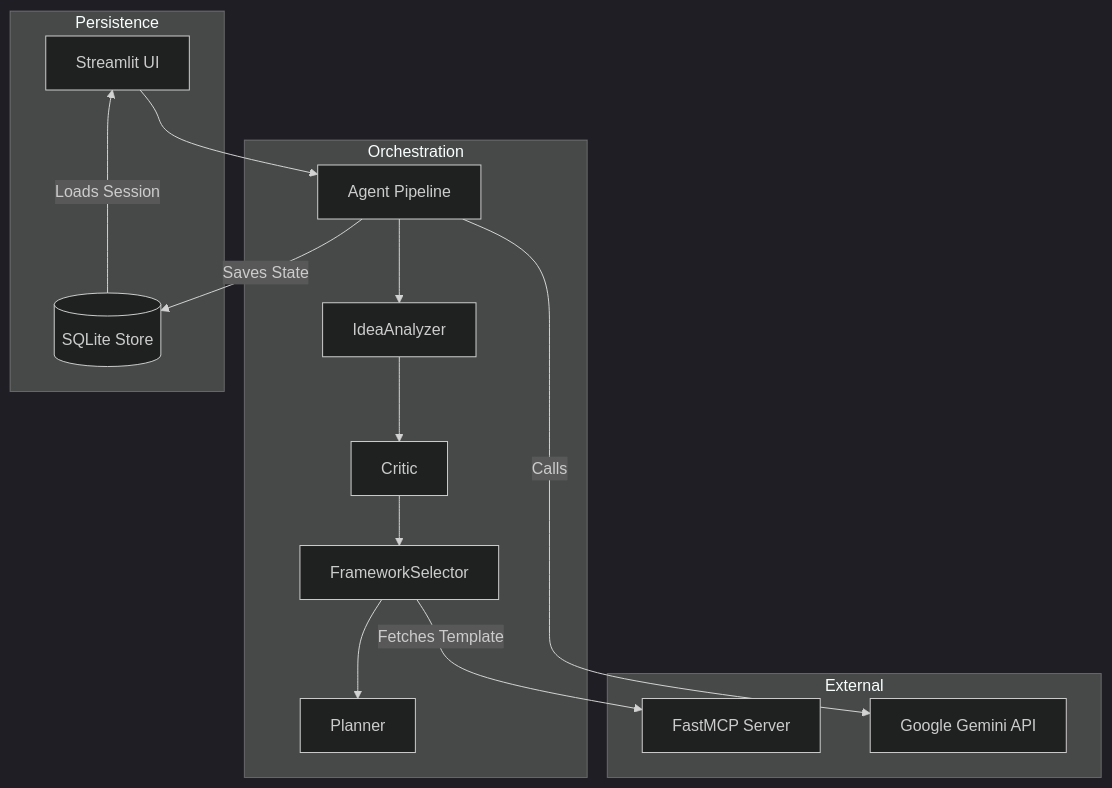
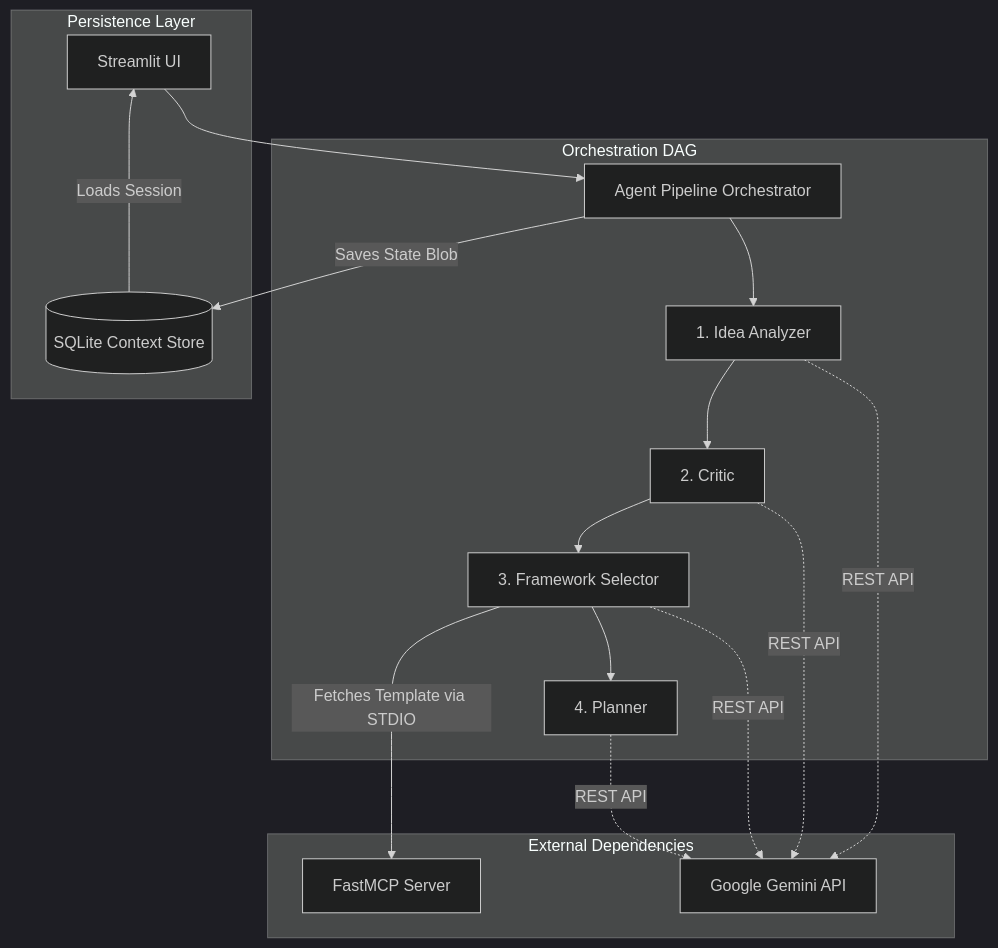
One commit to Ashphysics/thinkflow-studio changed the diagram in docs/architecture/overall_architecture.md. Above: the diagram before and after it, drawn with Mermaid (dark theme). The commit also changed other lines of this file and 35 other files, not shown here.

````diff
--- a/docs/architecture/overall_architecture.md
+++ b/docs/architecture/overall_architecture.md
@@ -5,21 +8,24 @@
 ```mermaid
 graph TD
-    UI[Streamlit UI] --> Pipeline[Agent Pipeline]
+    UI[Streamlit UI] --> Pipeline[Agent Pipeline Orchestrator]
     
-    subgraph Orchestration
-        Pipeline --> IdeaAnalyzer
-        IdeaAnalyzer --> Critic
-        Critic --> FrameworkSelector
-        FrameworkSelector --> Planner
+    subgraph Orchestration DAG
+        Pipeline --> IdeaAnalyzer[1. Idea Analyzer]
+        IdeaAnalyzer --> Critic[2. Critic]
+        Critic --> FrameworkSelector[3. Framework Selector]
+        FrameworkSelector --> Planner[4. Planner]
     end
 
-    subgraph External
-        FrameworkSelector -- "Fetches Template" --> MCP[FastMCP Server]
-        Pipeline -- "Calls" --> LLM[Google Gemini API]
+    subgraph External Dependencies
+        FrameworkSelector -- "Fetches Template via STDIO" --> MCP[FastMCP Server]
+        IdeaAnalyzer -. "REST API" .-> LLM[Google Gemini API]
+        Critic -. "REST API" .-> LLM
+        FrameworkSelector -. "REST API" .-> LLM
+        Planner -. "REST API" .-> LLM
     end
 
-    subgraph Persistence
-        Pipeline -- "Saves State" --> SQLite[(SQLite Store)]
+    subgraph Persistence Layer
+        Pipeline -- "Saves State Blob" --> SQLite[(SQLite Context Store)]
         SQLite -- "Loads Session" --> UI
     end
 ```
````
